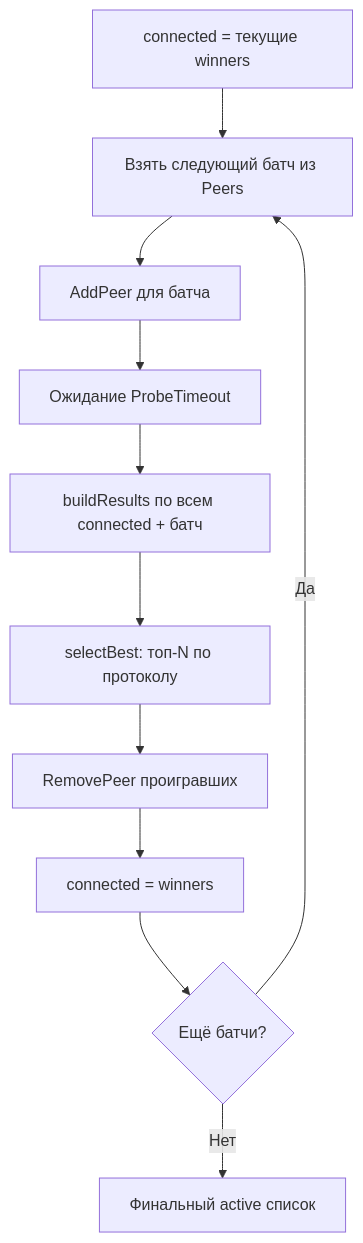
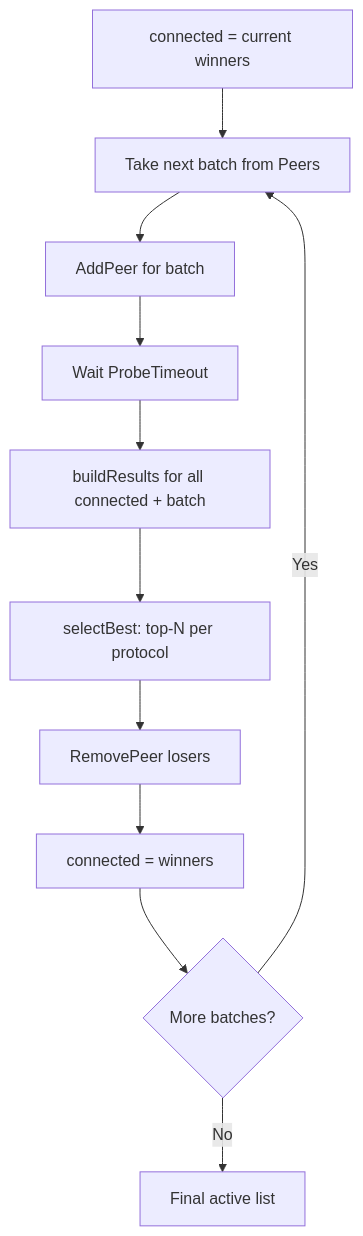
One commit to voluminor/ratatoskr changed the sixth of 11 diagrams in README.md. Above: the diagram before and after it, drawn with Mermaid. The commit also changed other lines of this file and 1 other file, not shown here.

````diff
--- a/README.md
+++ b/README.md
@@ -337,13 +339,13 @@
 ```mermaid
 flowchart TD
-   START[connected = текущие winners] --> BATCH[Взять следующий батч из Peers]
-   BATCH --> ADD[AddPeer для батча]
-   ADD --> WAIT[Ожидание ProbeTimeout]
-   WAIT --> BUILD[buildResults по всем connected + батч]
-   BUILD --> SELECT[selectBest: топ-N по протоколу]
-   SELECT --> REMOVE[RemovePeer проигравших]
+    START[connected = current winners] --> BATCH[Take next batch from Peers]
+    BATCH --> ADD[AddPeer for batch]
+    ADD --> WAIT[Wait ProbeTimeout]
+    WAIT --> BUILD[buildResults for all connected + batch]
+    BUILD --> SELECT[selectBest: top-N per protocol]
+    SELECT --> REMOVE[RemovePeer losers]
    REMOVE --> UPDATE[connected = winners]
-   UPDATE --> MORE{Ещё батчи?}
-   MORE -->|Да| BATCH
-   MORE -->|Нет| DONE[Финальный active список]
+    UPDATE --> MORE{More batches?}
+    MORE -->|Yes| BATCH
+    MORE -->|No| DONE[Final active list]
 ```
````
